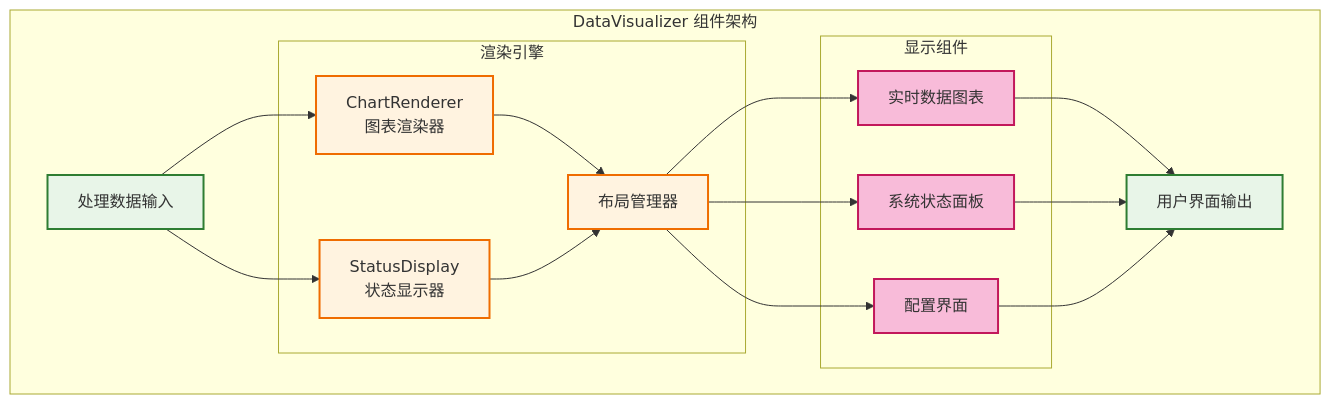
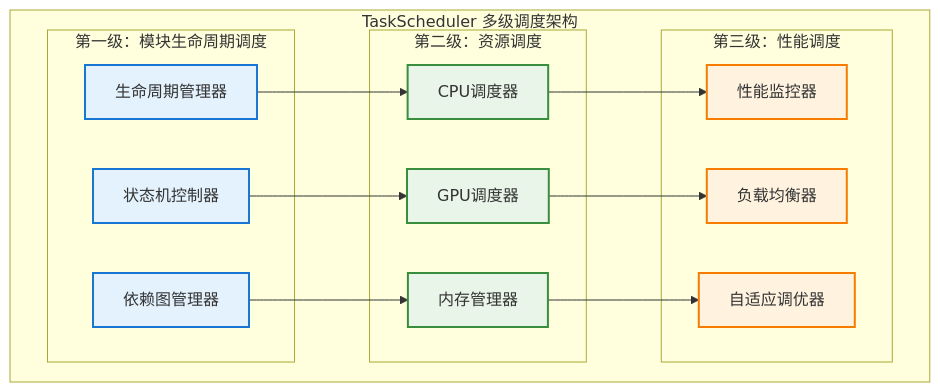
One commit to wendizhou99-cell/Radar changed diagram 11 of 51 in docs/01_项目设计/MVP系统设计文档.md. Above: the diagram before and after it, drawn with Mermaid. The commit also changed other lines of this file and 208 other files, not shown here.

````diff
--- a/docs/01_项目设计/MVP系统设计文档.md
+++ b/docs/01_项目设计/MVP系统设计文档.md
@@ -517,39 +672,38 @@
 ```mermaid
 flowchart TB
-    subgraph "DataVisualizer 组件架构"
-        INPUT[处理数据输入]
-
-        subgraph "渲染引擎"
-            CHART[ChartRenderer<br/>图表渲染器]
-            STATUS[StatusDisplay<br/>状态显示器]
-            LAYOUT[布局管理器]
+    subgraph "TaskScheduler 多级调度架构"
+        subgraph "第一级：模块生命周期调度"
+            LIFECYCLE_MGR[生命周期管理器]
+            STATE_MACHINE[状态机控制器]
+            DEPENDENCY_GRAPH[依赖图管理器]
         end
 
-        subgraph "显示组件"
-            REALTIME[实时数据图表]
-            SYSTEM[系统状态面板]
-            CONFIG[配置界面]
+        subgraph "第二级：资源调度"
+            CPU_SCHEDULER[CPU调度器]
+            GPU_SCHEDULER[GPU调度器]
+            MEMORY_MANAGER[内存管理器]
         end
 
-        OUTPUT[用户界面输出]
+        subgraph "第三级：性能调度"
+            PERF_MONITOR[性能监控器]
+            LOAD_BALANCER[负载均衡器]
+            ADAPTIVE_TUNER[自适应调优器]
+        end
 
-        INPUT --> CHART
-        INPUT --> STATUS
-        CHART --> LAYOUT
-        STATUS --> LAYOUT
-        LAYOUT --> REALTIME
-        LAYOUT --> SYSTEM
-        LAYOUT --> CONFIG
-        REALTIME --> OUTPUT
-        SYSTEM --> OUTPUT
-        CONFIG --> OUTPUT
+        LIFECYCLE_MGR --> CPU_SCHEDULER
+        STATE_MACHINE --> GPU_SCHEDULER
+        DEPENDENCY_GRAPH --> MEMORY_MANAGER
+
+        CPU_SCHEDULER --> PERF_MONITOR
+        GPU_SCHEDULER --> LOAD_BALANCER
+        MEMORY_MANAGER --> ADAPTIVE_TUNER
     end
 
-    classDef core fill:#e8f5e8,stroke:#2e7d32,stroke-width:2px
-    classDef app fill:#fff3e0,stroke:#ef6c00,stroke-width:2px
-    classDef adv fill:#f8bbd9,stroke:#c2185b,stroke-width:2px
+    classDef lifecycle fill:#e3f2fd,stroke:#1976d2,stroke-width:2px
+    classDef resource fill:#e8f5e8,stroke:#388e3c,stroke-width:2px
+    classDef performance fill:#fff3e0,stroke:#f57c00,stroke-width:2px
 
-    class INPUT,OUTPUT core
-    class CHART,STATUS,LAYOUT app
-    class REALTIME,SYSTEM,CONFIG adv
+    class LIFECYCLE_MGR,STATE_MACHINE,DEPENDENCY_GRAPH lifecycle
+    class CPU_SCHEDULER,GPU_SCHEDULER,MEMORY_MANAGER resource
+    class PERF_MONITOR,LOAD_BALANCER,ADAPTIVE_TUNER performance
 ```
````
